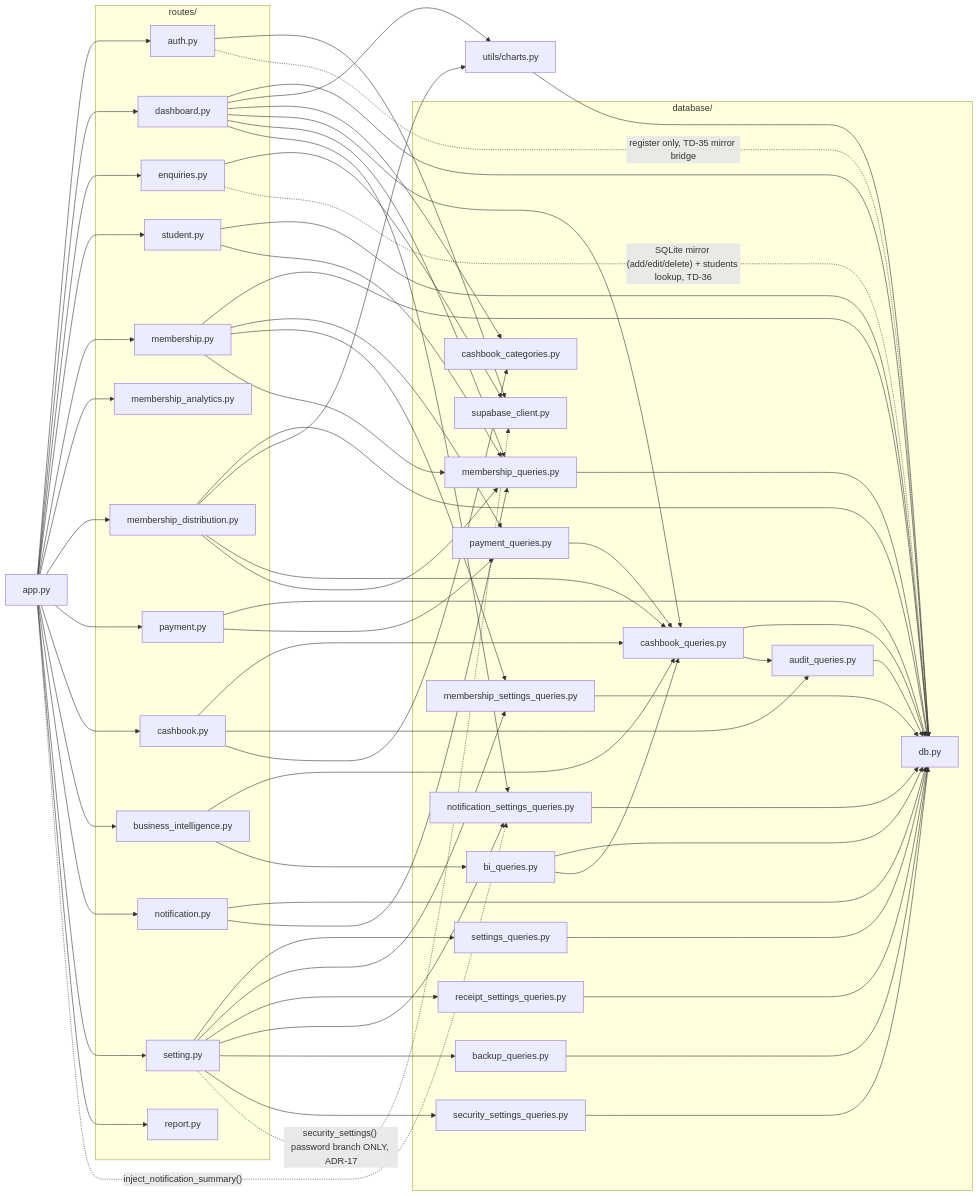
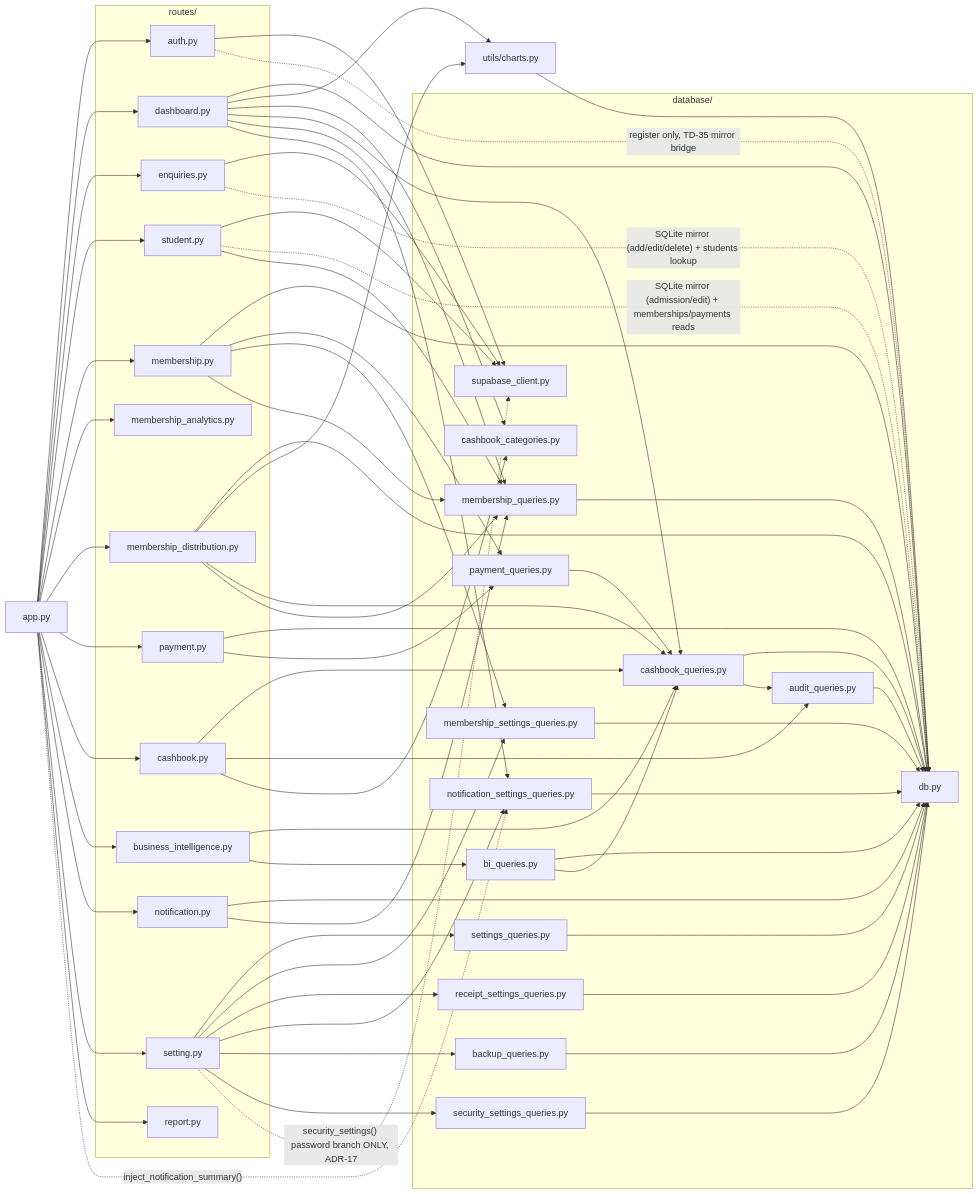
One commit to saloni-keshore/smart-library-management-system changed the fifth of 5 diagrams in docs/DIAGRAMS.md. Above: the diagram before and after it, drawn with Mermaid. The commit also changed other lines of this file and 17 other files, not shown here.

Commit message:
migrate Students module to Supabase

```diff
--- a/docs/DIAGRAMS.md
+++ b/docs/DIAGRAMS.md
@@ -336,8 +337,9 @@
     dashboard_py --> cashbook_queries_py
     dashboard_py --> membership_queries_py
     enquiries_py --> supabase_client_py
-    enquiries_py -.->|"SQLite mirror (add/edit/delete) + students lookup, TD-36"| db_py
-    student_py --> db_py
+    enquiries_py -.->|"SQLite mirror (add/edit/delete) + students lookup"| db_py
+    student_py --> supabase_client_py
+    student_py -.->|"SQLite mirror (admission/edit) + memberships/payments reads"| db_py
     student_py --> membership_queries_py
     membership_py --> db_py
     membership_py --> payment_queries_py
```
